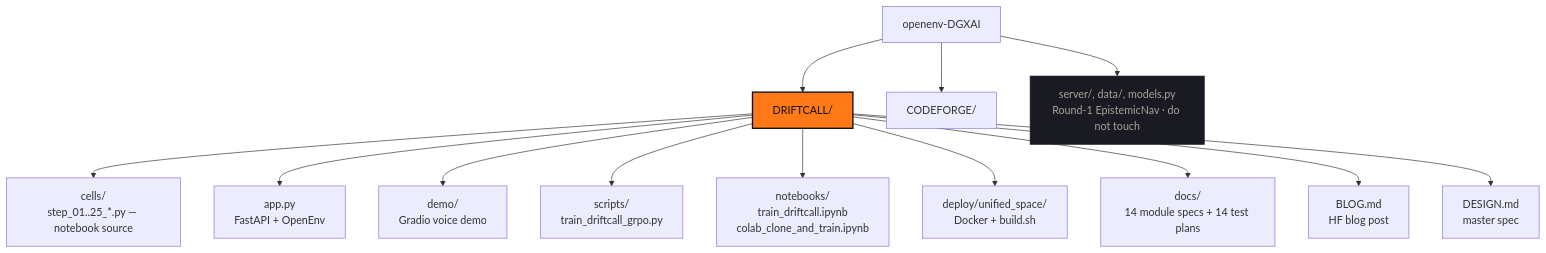
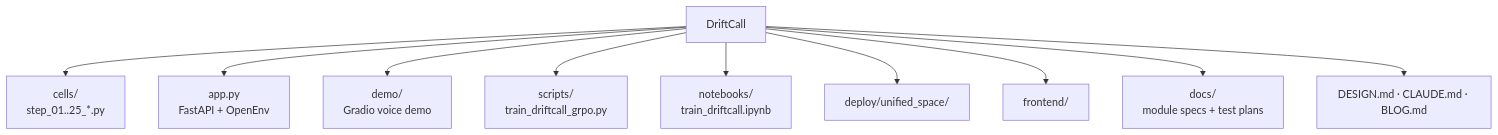
Before and after one commit to saumilyagupta/openenv-DGXAI: the sixth of 8 diagrams in README.md, drawn with Mermaid. The commit also changed other lines of this file, not shown here.

First line of the commit message:
docs: update README layout for flat DriftCall root

````diff
--- a/README.md
+++ b/README.md
@@ -301,22 +301,14 @@
 ```mermaid
 flowchart TB
-  Root[openenv-DGXAI]
-  Root --> DC[DRIFTCALL/]
-  Root --> CF[CODEFORGE/]
-  Root --> Round1[server/, data/, models.py<br/>Round-1 EpistemicNav · do not touch]
+  Root[DriftCall]
 
-  DC --> Cells[cells/<br/>step_01..25_*.py — notebook source]
-  DC --> App[app.py<br/>FastAPI + OpenEnv]
-  DC --> DemoApp[demo/<br/>Gradio voice demo]
-  DC --> Scripts[scripts/<br/>train_driftcall_grpo.py]
-  DC --> Notebooks[notebooks/<br/>train_driftcall.ipynb<br/>colab_clone_and_train.ipynb]
-  DC --> Deploy[deploy/unified_space/<br/>Docker + build.sh]
-  DC --> Docs[docs/<br/>14 module specs + 14 test plans]
-  DC --> Blog[BLOG.md<br/>HF blog post]
-  DC --> Design[DESIGN.md<br/>master spec]
-
-  classDef hot fill:#ff7a17,stroke:#0e0e12,color:#0e0e12,stroke-width:2px
-  classDef cold fill:#1a1a22,stroke:#262630,color:#a8a29a
-  class DC hot
-  class Round1 cold
+  Root --> Cells[cells/<br/>step_01..25_*.py]
+  Root --> App[app.py<br/>FastAPI + OpenEnv]
+  Root --> DemoApp[demo/<br/>Gradio voice demo]
+  Root --> Scripts[scripts/<br/>train_driftcall_grpo.py]
+  Root --> Notebooks[notebooks/<br/>train_driftcall.ipynb]
+  Root --> Deploy[deploy/unified_space/]
+  Root --> Frontend[frontend/]
+  Root --> Docs[docs/<br/>module specs + test plans]
+  Root --> Specs[DESIGN.md · CLAUDE.md · BLOG.md]
 ```
````
